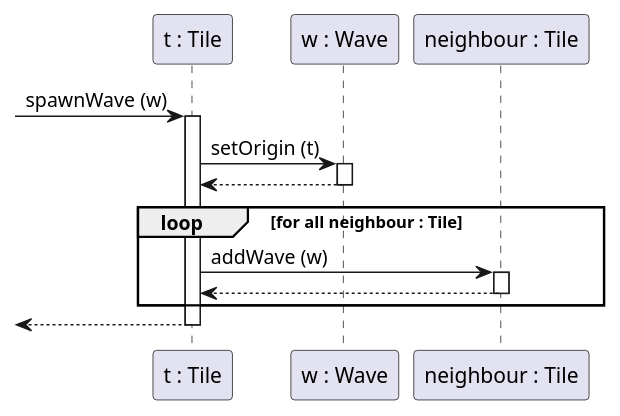
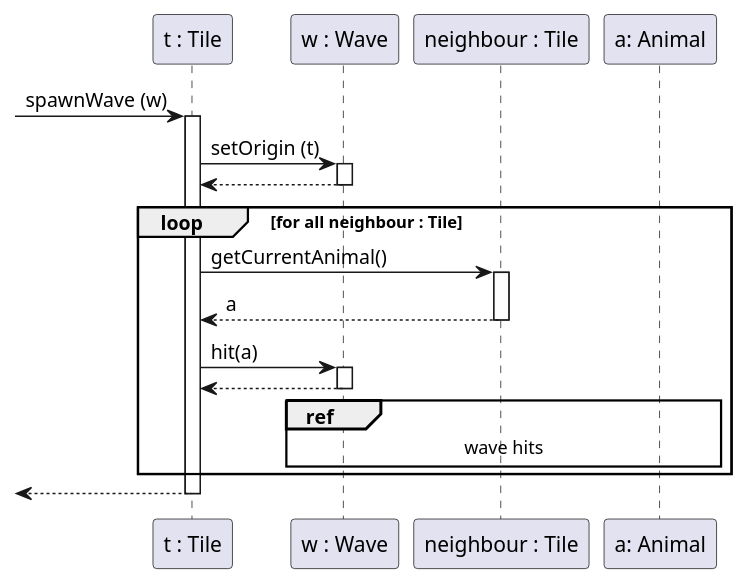
One commit to bokovhu/software-project-laboratory-assignment changed the diagram in 3-analysis-modell/java/src/main/plantuml/SequenceDiagram_Tile_spawnWave.puml. Above: the diagram before and after it, drawn with PlantUML. The commit also changed 2 other files, not shown here.

```diff
--- a/3-analysis-modell/java/src/main/plantuml/SequenceDiagram_Tile_spawnWave.puml
+++ b/3-analysis-modell/java/src/main/plantuml/SequenceDiagram_Tile_spawnWave.puml
@@ -1,27 +1,31 @@
 @startuml
 
 skinparam classAttributeIconSize 0
 skinparam guillemet false
 
 participant "t : Tile" as t
 participant "w : Wave" as w
 participant "neighbour : Tile" as neighbour
+participant "a: Animal" as a
 
 [-> t : spawnWave (w)
 activate t
 
 t -> w ++ : setOrigin (t)
 w --> t --
 
 loop for all neighbour : Tile
 
-    t -> neighbour ++ : addWave (w)
-
-    neighbour --> t --
-
+    t -> neighbour ++ : getCurrentAnimal()
+    neighbour -->t -- : a
+    t -> w ++: hit(a)
+    w-->t --
+ref over w, a
+wave hits
+end ref
 end
 
 [<-- t
 deactivate t
 
 @enduml
```
